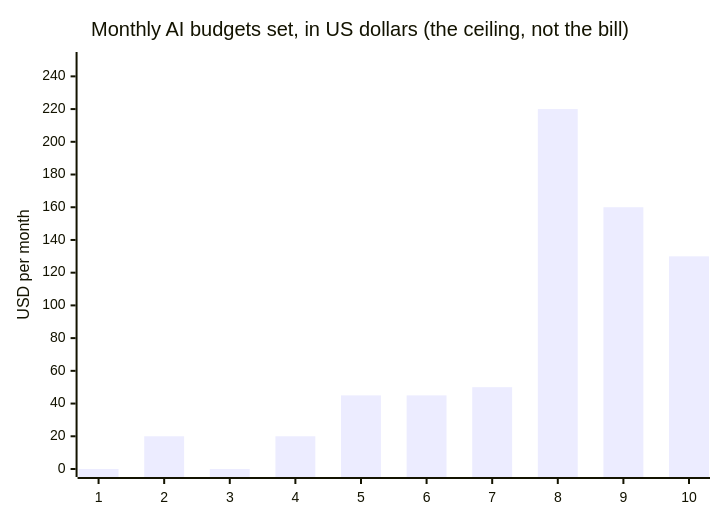
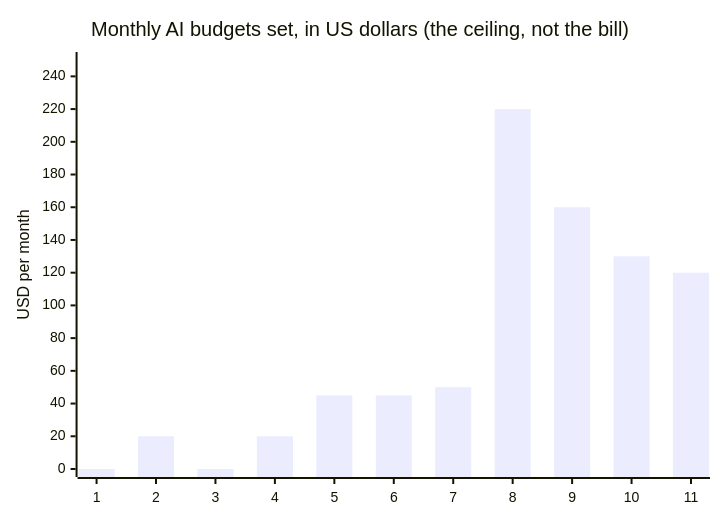
The second of 17 diagrams in docs/USE_CASES.md (Smugandcomfy/waifu-ai-desktop), drawn with Mermaid before and after one commit. The commit also changed other lines of this file and 2 other files, not shown here.

````diff
--- a/docs/USE_CASES.md
+++ b/docs/USE_CASES.md
@@ -61,7 +61,7 @@
 ```mermaid
 xychart-beta
     title "Monthly AI budgets set, in US dollars (the ceiling, not the bill)"
-    x-axis ["1", "2", "3", "4", "5", "6", "7", "8", "9", "10"]
+    x-axis ["1", "2", "3", "4", "5", "6", "7", "8", "9", "10", "11"]
     y-axis "USD per month" 0 --> 250
-    bar [0, 20, 0, 20, 45, 45, 50, 220, 160, 130]
+    bar [0, 20, 0, 20, 45, 45, 50, 220, 160, 130, 120]
 ```
````
